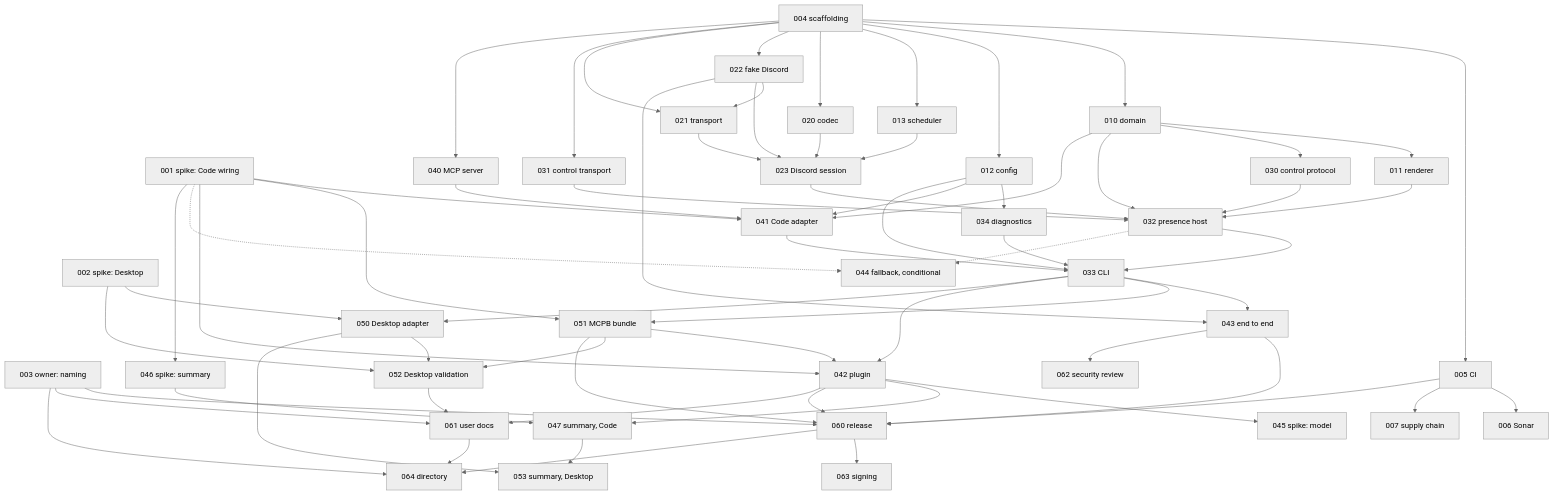
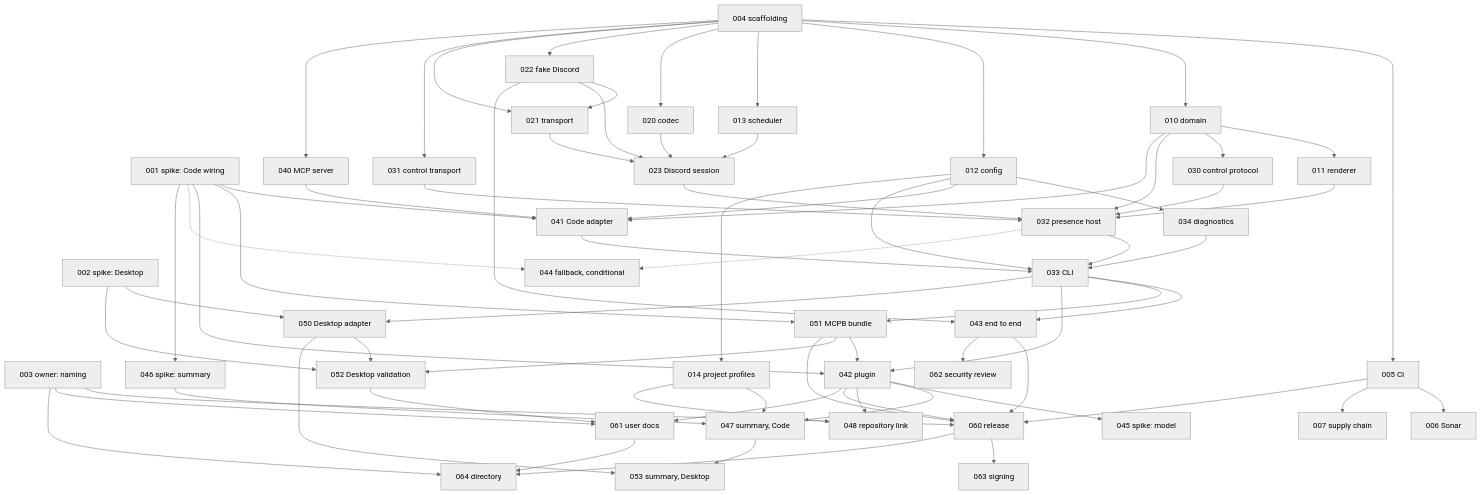
Before and after one commit to Zafnok/claude-rich-presence: the diagram in docs/tickets/README.md, drawn with Mermaid (neutral theme). The commit also changed other lines of this file and 16 other files, not shown here.

First line of the commit message:
docs: add project profiles and an opt-in repository link to the plan

````diff
--- a/docs/tickets/README.md
+++ b/docs/tickets/README.md
@@ -84,67 +86,70 @@
 ```mermaid
 flowchart TD
     C001["001 spike: Code wiring"]
     C002["002 spike: Desktop"]
     C003["003 owner: naming"]
     C004["004 scaffolding"]
     C004 --> C005["005 CI"] --> C006["006 Sonar"]
     C005 --> C007["007 supply chain"]
     C004 --> C010["010 domain"] --> C011["011 renderer"]
     C004 --> C012["012 config"] --> C034["034 diagnostics"]
     C004 --> C013["013 scheduler"]
     C004 --> C020["020 codec"]
     C004 --> C022["022 fake Discord"] --> C021["021 transport"]
     C004 --> C021
     C004 --> C031["031 control transport"]
     C004 --> C040["040 MCP server"]
     C010 --> C030["030 control protocol"]
     C013 --> C023["023 Discord session"]
     C020 --> C023
     C021 --> C023
     C022 --> C023
     C010 --> C032["032 presence host"]
     C011 --> C032
     C023 --> C032
     C030 --> C032
     C031 --> C032
     C001 --> C041["041 Code adapter"]
     C010 --> C041
     C012 --> C041
     C040 --> C041
     C012 --> C033["033 CLI"]
     C032 --> C033
     C034 --> C033
     C041 --> C033
     C022 --> C043["043 end to end"]
     C033 --> C043
     C001 --> C051["051 MCPB bundle"]
     C033 --> C051
     C001 --> C042["042 plugin"]
     C033 --> C042
     C051 --> C042
     C002 --> C050["050 Desktop adapter"]
     C033 --> C050
     C002 --> C052["052 Desktop validation"]
     C050 --> C052
     C051 --> C052
     C001 -.-> C044["044 fallback, conditional"]
     C032 -.-> C044
     C042 --> C045["045 spike: model"]
     C001 --> C046["046 spike: summary"] --> C047["047 summary, Code"]
     C042 --> C047
+    C012 --> C014["014 project profiles"] --> C047
+    C014 --> C048["048 repository link"]
+    C042 --> C048
     C047 --> C053["053 summary, Desktop"]
     C050 --> C053
     C003 --> C060["060 release"]
     C005 --> C060
     C042 --> C060
     C043 --> C060
     C051 --> C060
     C003 --> C061["061 user docs"]
     C042 --> C061
     C052 --> C061
     C043 --> C062["062 security review"]
     C060 --> C063["063 signing"]
     C003 --> C064["064 directory"]
     C060 --> C064
     C061 --> C064
 ```
````
